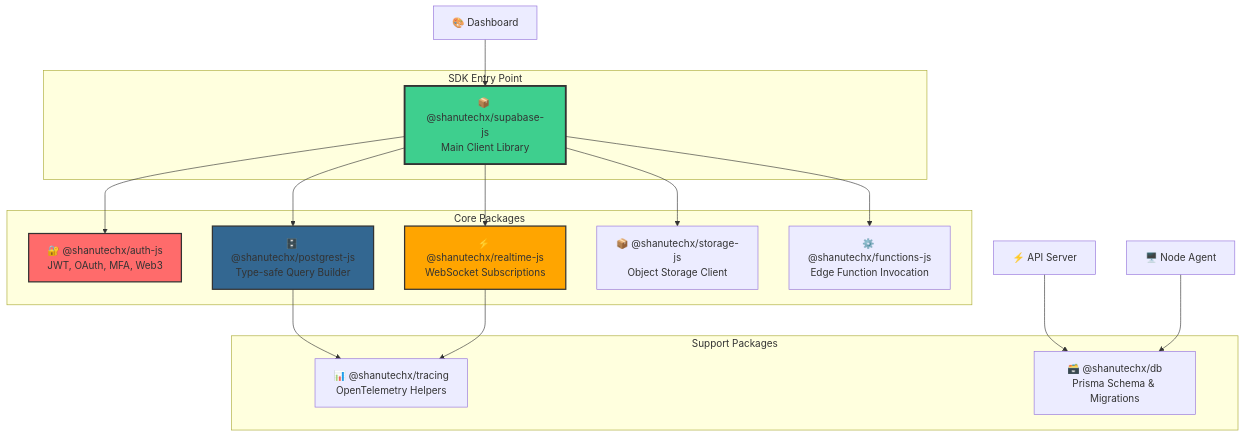
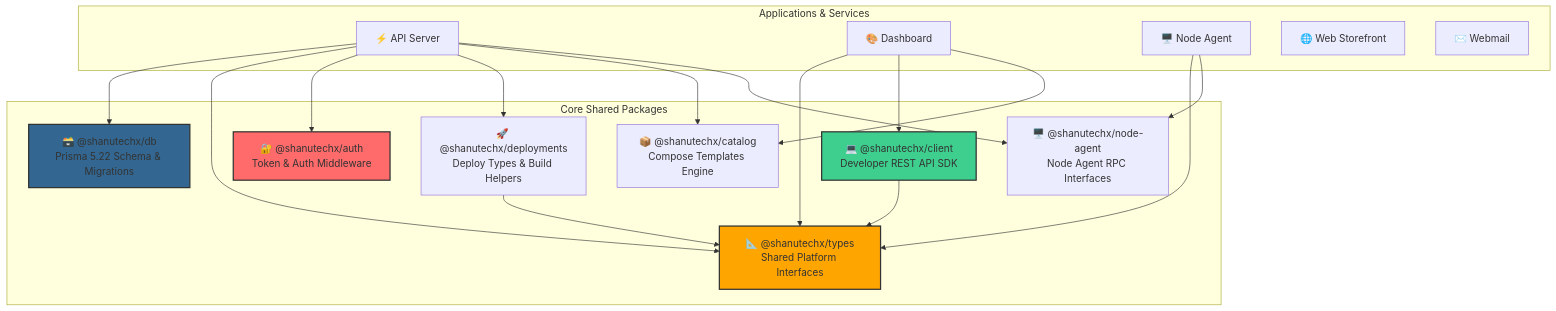
One commit to ShanudhaTirosh/Shanutechx-hostingplatfrom changed the fifth of 14 diagrams in docs/PROJECT_GRAPH.md. Above: the diagram before and after it, drawn with Mermaid. The commit also changed other lines of this file and 9 other files, not shown here.

Commit message:
docs: synchronize monorepo documentation with 7 core packages and GitHub app setup

````diff
--- a/docs/PROJECT_GRAPH.md
+++ b/docs/PROJECT_GRAPH.md
@@ -329,37 +329,42 @@
 ```mermaid
 graph TB
-    subgraph "SDK Entry Point"
-        SupabaseJS[📦 @shanutechx/supabase-js<br/>Main Client Library]
+    subgraph "Core Shared Packages"
+        DBPkg[🗃️ @shanutechx/db<br/>Prisma 5.22 Schema & Migrations]
+        TypesPkg[📐 @shanutechx/types<br/>Shared Platform Interfaces]
+        AuthPkg[🔐 @shanutechx/auth<br/>Token & Auth Middleware]
+        DeployPkg[🚀 @shanutechx/deployments<br/>Deploy Types & Build Helpers]
+        CatalogPkg[📦 @shanutechx/catalog<br/>Compose Templates Engine]
+        AgentPkg[🖥️ @shanutechx/node-agent<br/>Node Agent RPC Interfaces]
+        ClientPkg[💻 @shanutechx/client<br/>Developer REST API SDK]
     end
 
-    subgraph "Core Packages"
-        AuthJS[🔐 @shanutechx/auth-js<br/>JWT, OAuth, MFA, Web3]
-        PostgRESTJS[🗄️ @shanutechx/postgrest-js<br/>Type-safe Query Builder]
-        RealtimeJS[⚡ @shanutechx/realtime-js<br/>WebSocket Subscriptions]
-        StorageJS[📦 @shanutechx/storage-js<br/>Object Storage Client]
-        FunctionsJS[⚙️ @shanutechx/functions-js<br/>Edge Function Invocation]
+    subgraph "Applications & Services"
+        API[⚡ API Server]
+        Dashboard[🎨 Dashboard]
+        NodeAgent[🖥️ Node Agent]
+        WebSite[🌐 Web Storefront]
+        Webmail[✉️ Webmail]
     end
 
-    subgraph "Support Packages"
-        TracingPkg[📊 @shanutechx/tracing<br/>OpenTelemetry Helpers]
-        DBPkg[🗃️ @shanutechx/db<br/>Prisma Schema & Migrations]
-    end
+    API --> DBPkg
+    API --> TypesPkg
+    API --> AuthPkg
+    API --> DeployPkg
+    API --> CatalogPkg
+    API --> AgentPkg
 
-    SupabaseJS --> AuthJS
-    SupabaseJS --> PostgRESTJS
-    SupabaseJS --> RealtimeJS
-    SupabaseJS --> StorageJS
-    SupabaseJS --> FunctionsJS
-    
-    PostgRESTJS --> TracingPkg
-    RealtimeJS --> TracingPkg
-    
-    API[⚡ API Server] --> DBPkg
-    Dashboard[🎨 Dashboard] --> SupabaseJS
-    NodeAgent[🖥️ Node Agent] --> DBPkg
+    Dashboard --> TypesPkg
+    Dashboard --> ClientPkg
+    Dashboard --> CatalogPkg
 
-    style SupabaseJS fill:#3ecf8e,stroke:#333,stroke-width:3px
-    style AuthJS fill:#ff6b6b,stroke:#333,stroke-width:2px
-    style PostgRESTJS fill:#336791,stroke:#333,stroke-width:2px
-    style RealtimeJS fill:#ffa500,stroke:#333,stroke-width:2px
+    NodeAgent --> TypesPkg
+    NodeAgent --> AgentPkg
+
+    ClientPkg --> TypesPkg
+    DeployPkg --> TypesPkg
+
+    style DBPkg fill:#336791,stroke:#333,stroke-width:2px
+    style ClientPkg fill:#3ecf8e,stroke:#333,stroke-width:2px
+    style AuthPkg fill:#ff6b6b,stroke:#333,stroke-width:2px
+    style TypesPkg fill:#ffa500,stroke:#333,stroke-width:2px
 ```
````
